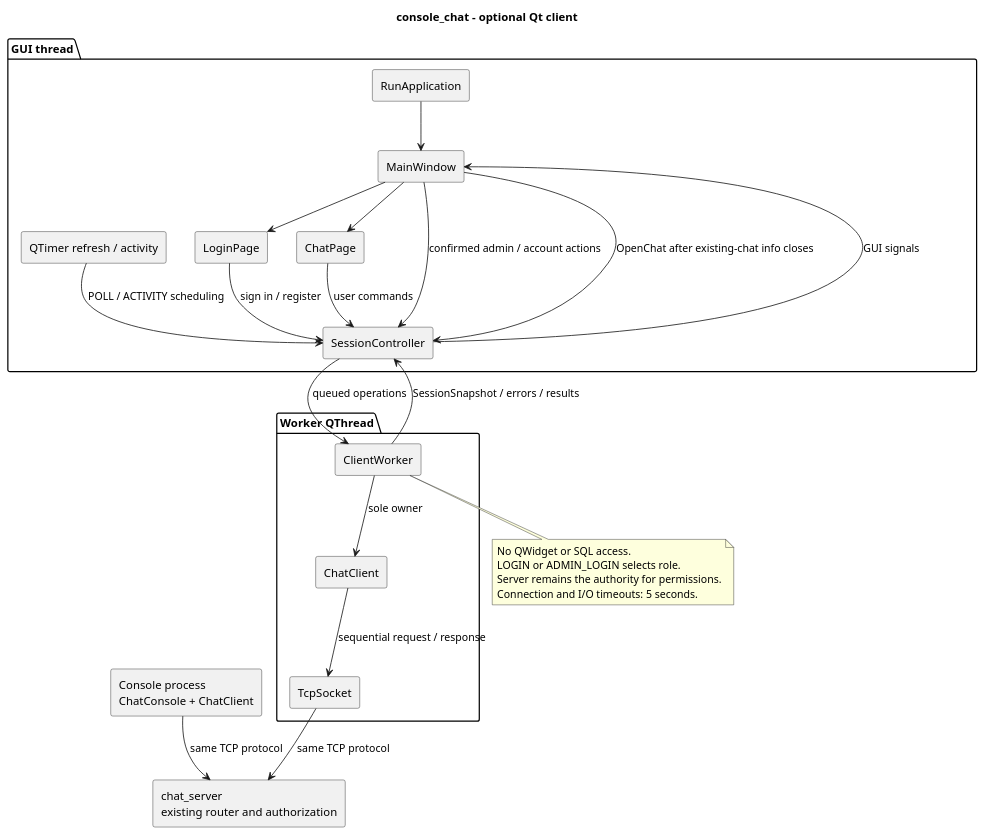
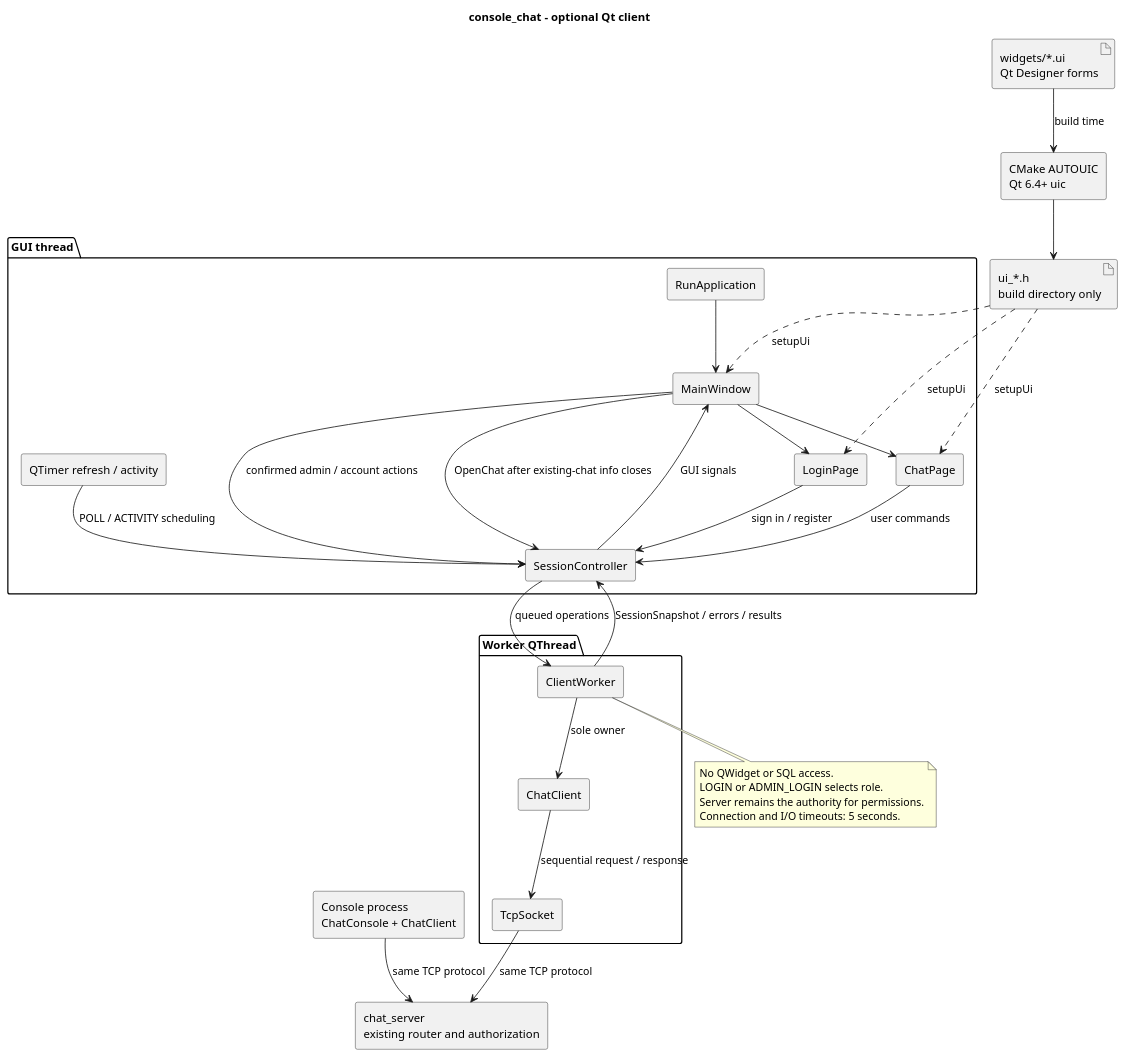
One commit to SAleksandraVGIT/console_chat changed the first of 2 diagrams in doc/qt_client.puml. Above: the diagram before and after it, drawn with PlantUML. The commit also changed 14 other files, not shown here.

```diff
--- a/doc/qt_client.puml
+++ b/doc/qt_client.puml
@@ -1,44 +1,53 @@
 @startuml console_chat_qt_layers
 title console_chat - optional Qt client
 skinparam componentStyle rectangle
 skinparam shadowing false
 
 package "GUI thread" {
   [RunApplication] as App
   [MainWindow] as Window
   [LoginPage] as Login
   [ChatPage] as Chat
   [SessionController] as Controller
   [QTimer refresh / activity] as Timer
 }
 package "Worker QThread" {
   [ClientWorker] as Worker
   [ChatClient] as Client
   [TcpSocket] as Socket
 }
 component "Console process\nChatConsole + ChatClient" as Console
 component "chat_server\nexisting router and authorization" as Server
+artifact "widgets/*.ui\nQt Designer forms" as Forms
+component "CMake AUTOUIC\nQt 6.4+ uic" as Uic
+artifact "ui_*.h\nbuild directory only" as Generated
+
+Forms --> Uic : build time
+Uic --> Generated
+Generated ..> Window : setupUi
+Generated ..> Login : setupUi
+Generated ..> Chat : setupUi
 
 App --> Window
 Window --> Login
 Window --> Chat
 Login --> Controller : sign in / register
 Chat --> Controller : user commands
 Window --> Controller : confirmed admin / account actions
 Timer --> Controller : POLL / ACTIVITY scheduling
 Controller --> Worker : queued operations
 Worker --> Controller : SessionSnapshot / errors / results
 Controller --> Window : GUI signals
 Window --> Controller : OpenChat after existing-chat info closes
 Worker --> Client : sole owner
 Client --> Socket : sequential request / response
 Socket --> Server : same TCP protocol
 Console --> Server : same TCP protocol
 
 note bottom of Worker
   No QWidget or SQL access.
   LOGIN or ADMIN_LOGIN selects role.
   Server remains the authority for permissions.
   Connection and I/O timeouts: 5 seconds.
 end note
 @enduml
```
